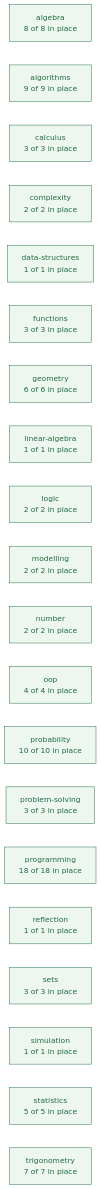
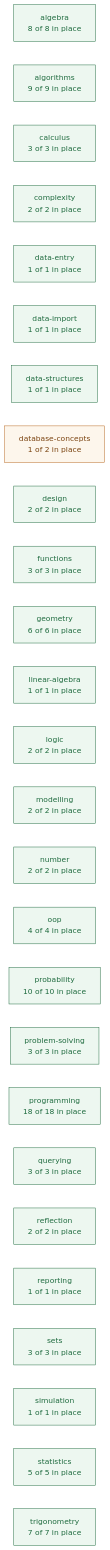
The first of 3 diagrams in planning/CURRICULUM_MAP.md (deweydex/dewlab), drawn with Mermaid (forest theme) before and after one commit. The commit also changed other lines of this file and 39 other files, not shown here.

````diff
--- a/planning/CURRICULUM_MAP.md
+++ b/planning/CURRICULUM_MAP.md
@@ -52,28 +58,35 @@
 ```mermaid
 graph LR
   algebra["algebra<br/>8 of 8 in place"]
   algorithms["algorithms<br/>9 of 9 in place"]
   calculus["calculus<br/>3 of 3 in place"]
   complexity["complexity<br/>2 of 2 in place"]
+  data_entry["data-entry<br/>1 of 1 in place"]
+  data_import["data-import<br/>1 of 1 in place"]
   data_structures["data-structures<br/>1 of 1 in place"]
+  database_concepts["database-concepts<br/>1 of 2 in place"]
+  design["design<br/>2 of 2 in place"]
   functions["functions<br/>3 of 3 in place"]
   geometry["geometry<br/>6 of 6 in place"]
   linear_algebra["linear-algebra<br/>1 of 1 in place"]
   logic["logic<br/>2 of 2 in place"]
   modelling["modelling<br/>2 of 2 in place"]
   number["number<br/>2 of 2 in place"]
   oop["oop<br/>4 of 4 in place"]
   probability["probability<br/>10 of 10 in place"]
   problem_solving["problem-solving<br/>3 of 3 in place"]
   programming["programming<br/>18 of 18 in place"]
-  reflection["reflection<br/>1 of 1 in place"]
+  querying["querying<br/>3 of 3 in place"]
+  reflection["reflection<br/>2 of 2 in place"]
+  reporting["reporting<br/>1 of 1 in place"]
   sets["sets<br/>3 of 3 in place"]
   simulation["simulation<br/>1 of 1 in place"]
   statistics["statistics<br/>5 of 5 in place"]
   trigonometry["trigonometry<br/>7 of 7 in place"]
 
   classDef full fill:#edf7f0,stroke:#1f6b3f,color:#1f6b3f;
   classDef part fill:#fdf6ec,stroke:#b5651d,color:#7a4310;
   classDef none fill:#fdf0ef,stroke:#9b2226,color:#9b2226;
-  class algebra,algorithms,calculus,complexity,data_structures,functions,geometry,linear_algebra,logic,modelling,number,oop,probability,problem_solving,programming,reflection,sets,simulation,statistics,trigonometry full;
+  class algebra,algorithms,calculus,complexity,data_entry,data_import,data_structures,design,functions,geometry,linear_algebra,logic,modelling,number,oop,probability,problem_solving,programming,querying,reflection,reporting,sets,simulation,statistics,trigonometry full;
+  class database_concepts part;
 ```
````
